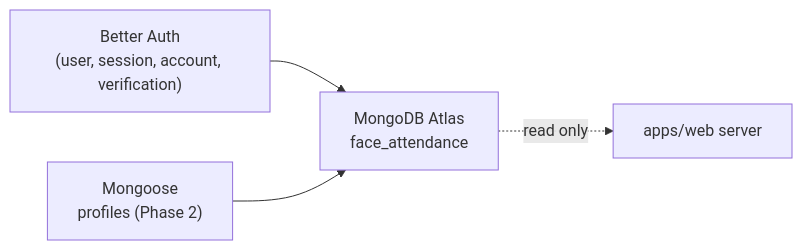
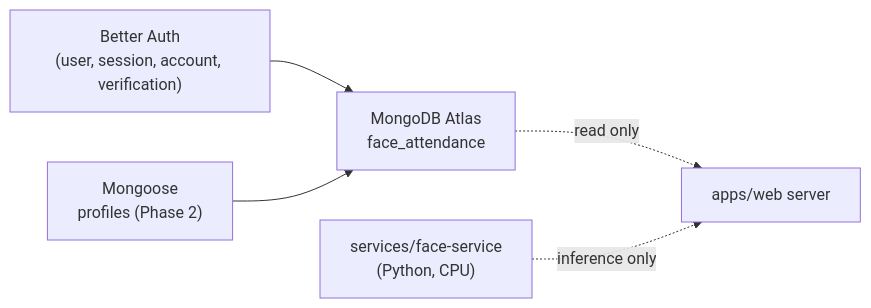
Before and after one commit to hoquan2007/face-attendance: the diagram in docs/database.md, drawn with Mermaid. The commit also changed other lines of this file and 58 other files, not shown here.

````diff
--- a/docs/database.md
+++ b/docs/database.md
@@ -100,6 +123,7 @@
 ```mermaid
 flowchart LR
     Auth["Better Auth\n(user, session, account, verification)"] --> Mongo["MongoDB Atlas\nface_attendance"]
     Profiles["Mongoose\nprofiles (Phase 2)"] --> Mongo
     Mongo -.read only.-> Web["apps/web server"]
+    Face["services/face-service\n(Python, CPU)"] -.inference only.-> Web
 ```
````
